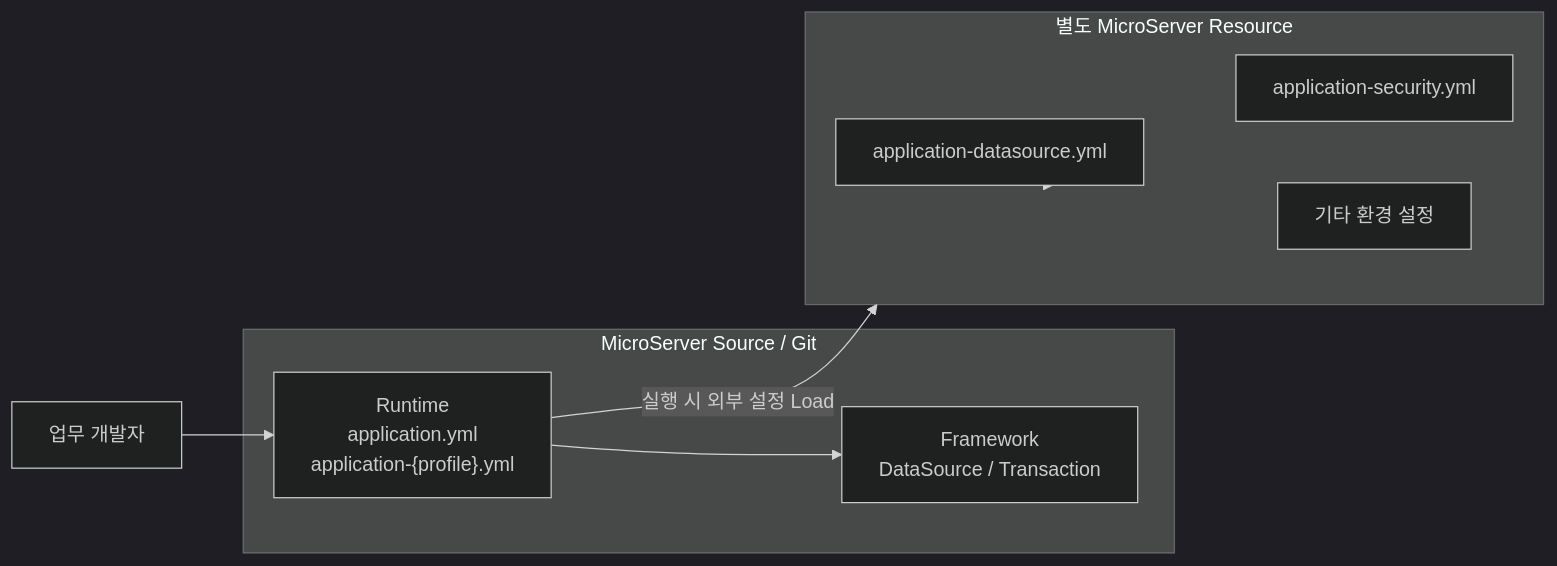
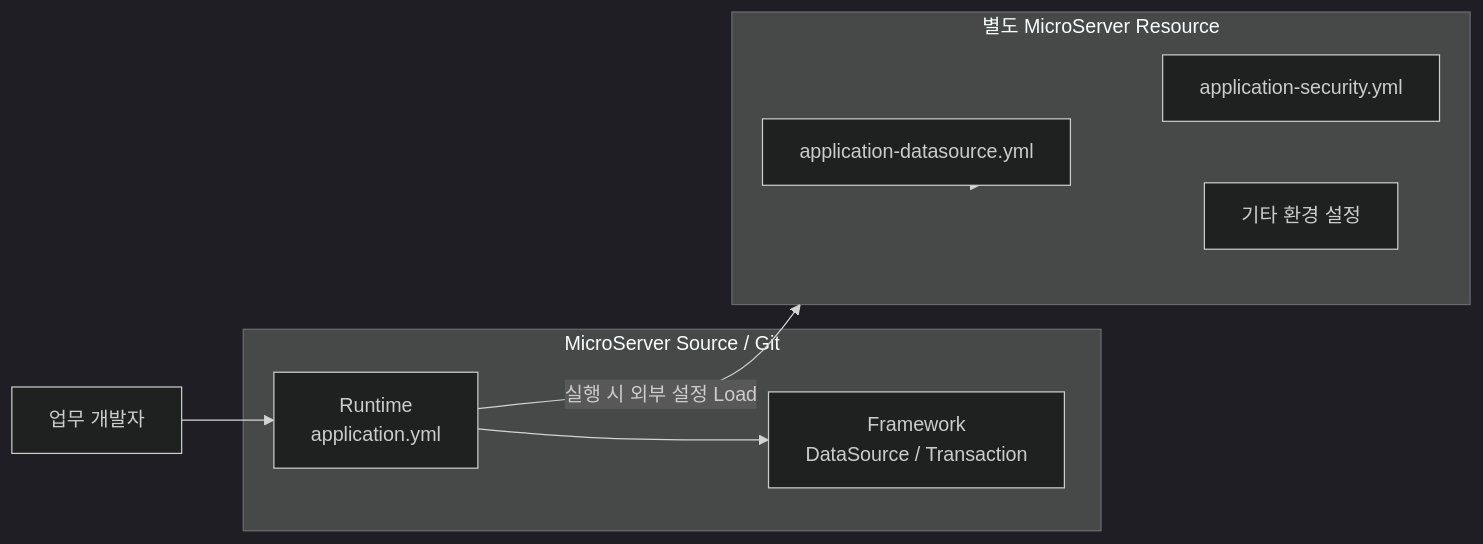
Before and after one commit to Team-Microserver/microserver-docs: the second of 6 diagrams in docs/04_multi_project_framework/01_datasource/datasource_framework_setup.md, drawn with Mermaid (dark theme). The commit also changed other lines of this file and 4 other files, not shown here.

````diff
--- a/docs/04_multi_project_framework/01_datasource/datasource_framework_setup.md
+++ b/docs/04_multi_project_framework/01_datasource/datasource_framework_setup.md
@@ -131,22 +128,22 @@
 ```mermaid
 flowchart LR
     DEV["업무 개발자"]
 
     subgraph SOURCE["MicroServer Source / Git"]
-        APP["Runtime<br/>application.yml<br/>application-{profile}.yml"]
+        APP["Runtime<br/>application.yml"]
         FW["Framework<br/>DataSource / Transaction"]
     end
 
     subgraph RESOURCE["별도 MicroServer Resource"]
         DS["application-datasource.yml"]
         SEC["application-security.yml"]
         ETC["기타 환경 설정"]
     end
 
     DEV --> APP
     APP --> FW
     APP -->|"실행 시 외부 설정 Load"| RESOURCE
     RESOURCE --> DS
     RESOURCE --> SEC
     RESOURCE --> ETC
 ```
````
